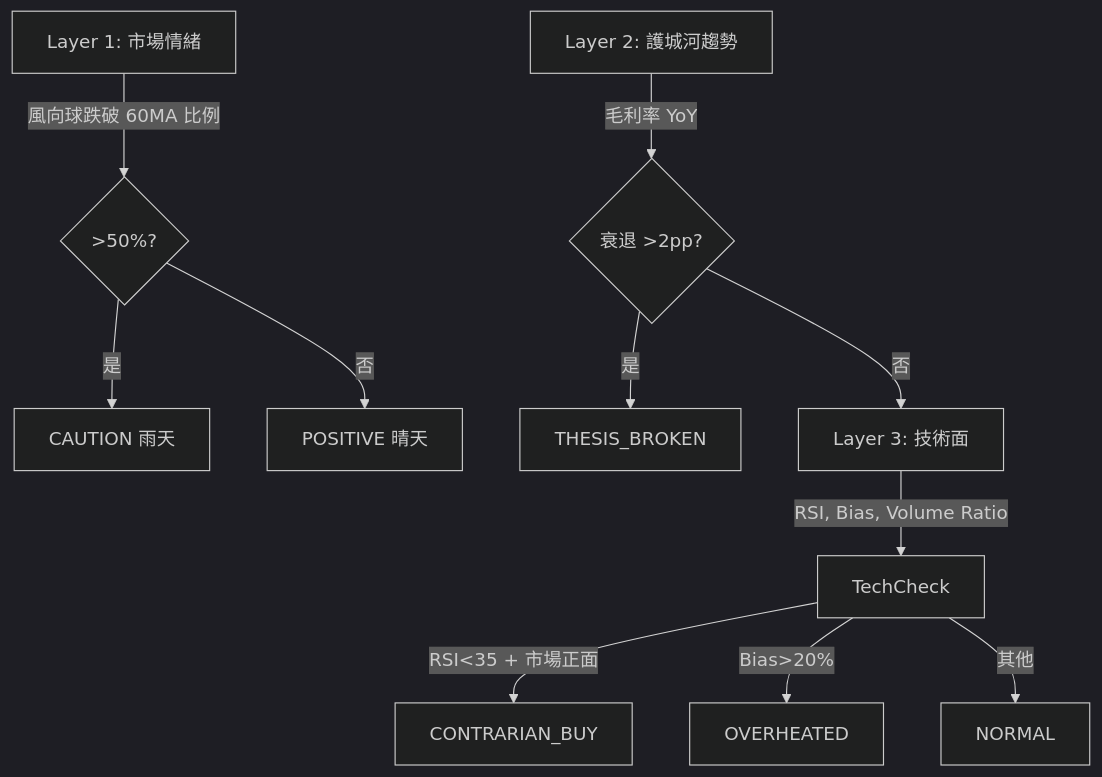
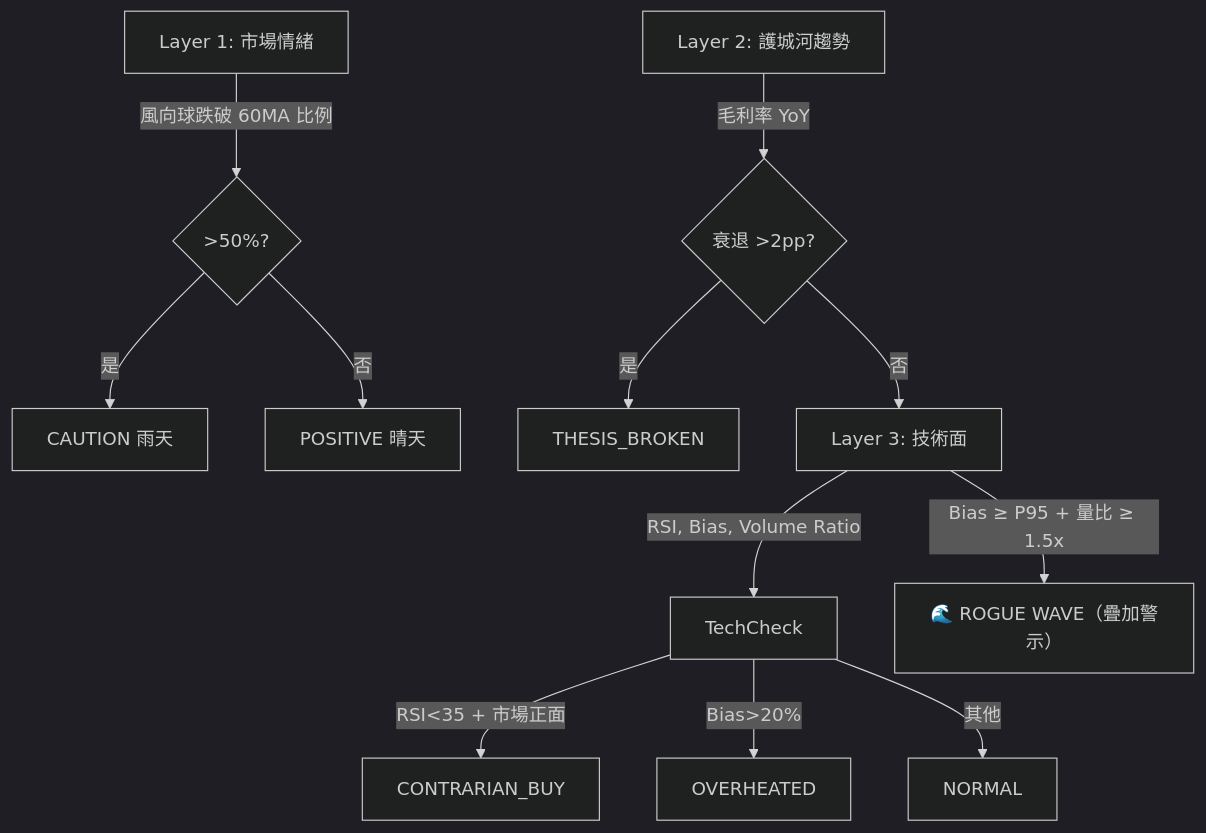
One commit to azusa152/azusa-stock changed the first of 3 diagrams in README.md. Above: the diagram before and after it, drawn with Mermaid (dark theme). The commit also changed other lines of this file and 6 other files, not shown here.

First line of the commit message:
feat: Enhance Rogue Wave detection and localization updates

````diff
--- a/README.md
+++ b/README.md
@@ -86,15 +87,17 @@
 ```mermaid
 flowchart TD
     L1["Layer 1: 市場情緒"] -->|"風向球跌破 60MA 比例"| Decision{">50%?"}
     Decision -->|"是"| CAUTION["CAUTION 雨天"]
     Decision -->|"否"| POSITIVE["POSITIVE 晴天"]
 
     L2["Layer 2: 護城河趨勢"] -->|"毛利率 YoY"| MoatCheck{"衰退 >2pp?"}
     MoatCheck -->|"是"| BROKEN["THESIS_BROKEN"]
     MoatCheck -->|"否"| L3
 
     L3["Layer 3: 技術面"] -->|"RSI, Bias, Volume Ratio"| TechCheck
     TechCheck -->|"RSI<35 + 市場正面"| BUY["CONTRARIAN_BUY"]
     TechCheck -->|"Bias>20%"| HOT["OVERHEATED"]
     TechCheck -->|"其他"| NORMAL["NORMAL"]
+
+    L3 -->|"Bias ≥ P95 + 量比 ≥ 1.5x"| ROGUE["🌊 ROGUE WAVE（疊加警示）"]
 ```
````
